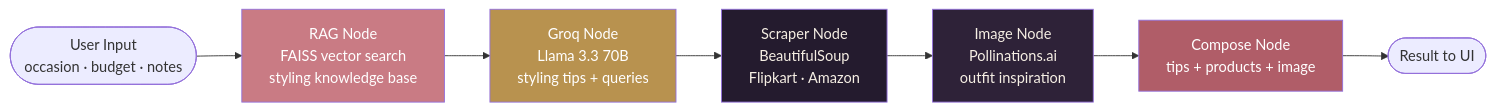
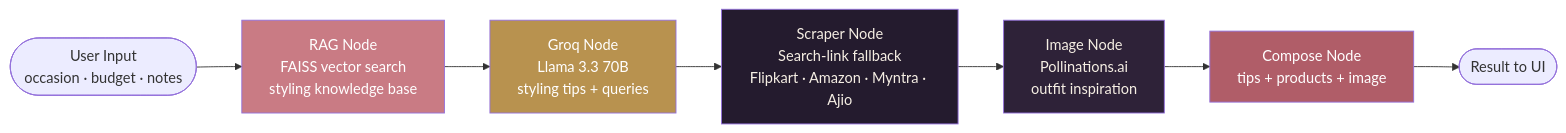
The second of 4 diagrams in README.md (saloni8780/StyleSense), drawn with Mermaid before and after one commit. The commit also changed other lines of this file and 7 other files, not shown here.

````diff
--- a/README.md
+++ b/README.md
@@ -51,18 +57,18 @@
 ```mermaid
 flowchart LR
     IN([User Input<br/>occasion · budget · notes]) --> R
 
     R[RAG Node<br/>FAISS vector search<br/>styling knowledge base]
     --> G[Groq Node<br/>Llama 3.3 70B<br/>styling tips + queries]
-    --> S[Scraper Node<br/>BeautifulSoup<br/>Flipkart · Amazon]
+    --> S[Scraper Node<br/>Search-link fallback<br/>Flipkart · Amazon · Myntra · Ajio]
     --> I[Image Node<br/>Pollinations.ai<br/>outfit inspiration]
     --> C[Compose Node<br/>tips + products + image]
 
     C --> OUT([Result to UI])
 
     style R fill:#C97B84,color:#fff
     style G fill:#B8924F,color:#fff
     style S fill:#241B2E,color:#F6EFE4
     style I fill:#2E2238,color:#F6EFE4
     style C fill:#B05D68,color:#fff
 ```
````
